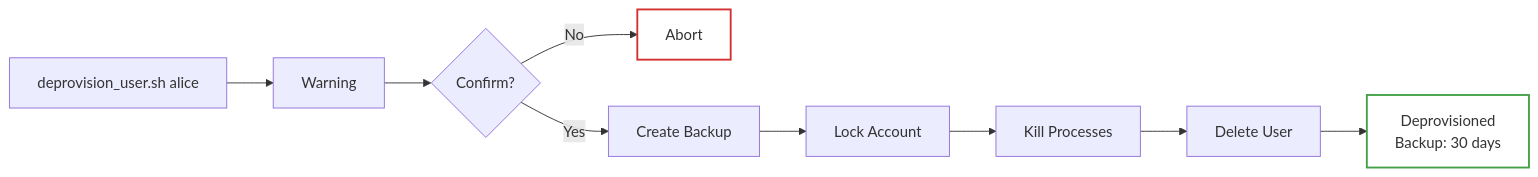
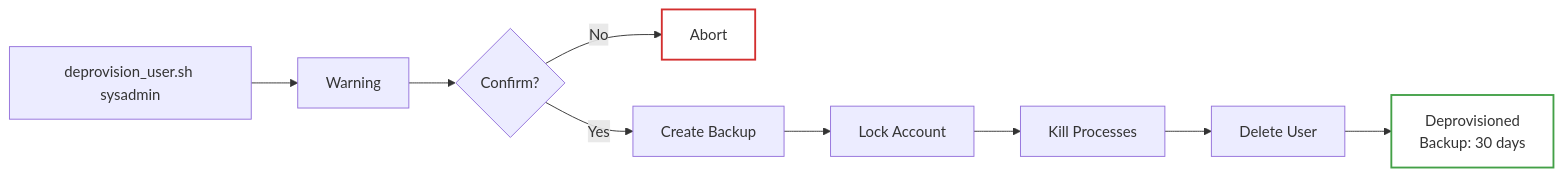
The second of 5 diagrams in README.md (aaronwittchen/Automated-Storage-Provisioning-Tool), drawn with Mermaid before and after one commit. The commit also changed other lines of this file and 8 other files, not shown here.

````diff
--- a/README.md
+++ b/README.md
@@ -212,14 +212,14 @@
 ```mermaid
 graph LR
-    A["deprovision_user.sh alice"] --> B["Warning"]
+    A["deprovision_user.sh sysadmin"] --> B["Warning"]
     B --> C{Confirm?}
     C -->|No| D["Abort"]
     C -->|Yes| E["Create Backup"]
     E --> F["Lock Account"]
     F --> G["Kill Processes"]
     G --> H["Delete User"]
     H --> I["Deprovisioned<br/>Backup: 30 days"]
    
     style I fill:none,stroke:#43a047,stroke-width:2px
     style D fill:none,stroke:#d32f2f,stroke-width:2px
 ```
````
